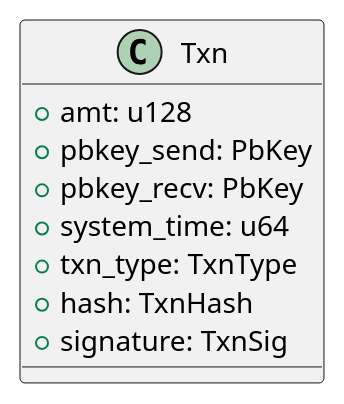
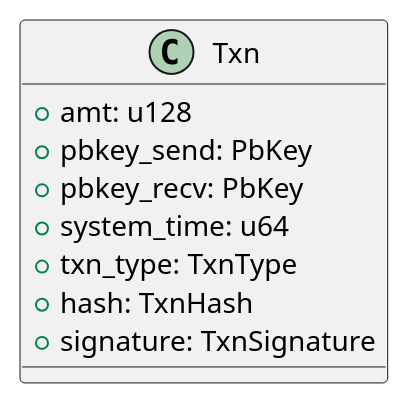
Before and after one commit to mrlucciola/proof-of-stake: the diagram in docs/diagrams/txns.puml, drawn with PlantUML. The commit also changed 10 other files, not shown here.

Commit message:
fix: #32 more misc fixes to txn signature generation; all tests fixed

```diff
--- a/docs/diagrams/txns.puml
+++ b/docs/diagrams/txns.puml
@@ -1,13 +1,13 @@
 @startuml
 
 class "Txn" as txn {
   +amt: u128
   +pbkey_send: PbKey
   +pbkey_recv: PbKey
   +system_time: u64
   +txn_type: TxnType
   +hash: TxnHash
-  +signature: TxnSig
+  +signature: TxnSignature
 }
 
 @enduml
```
